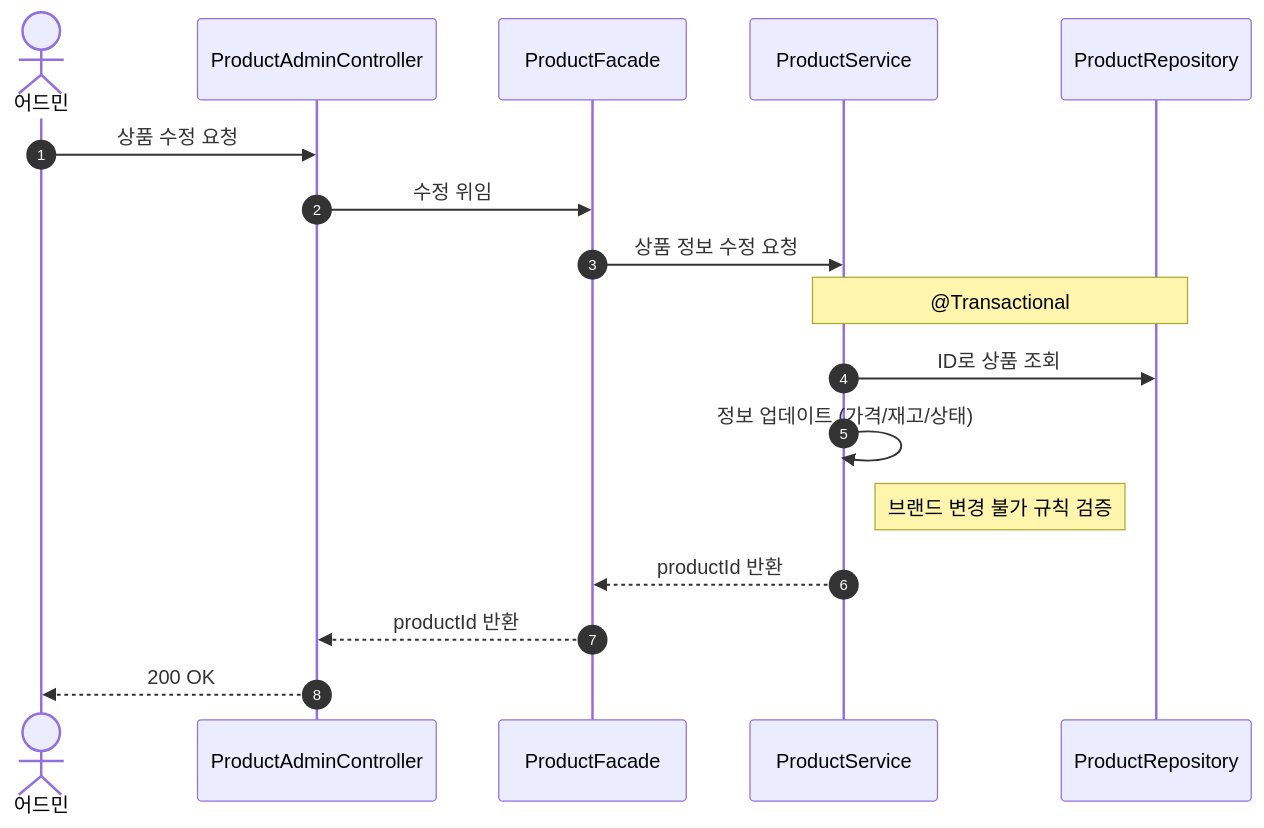
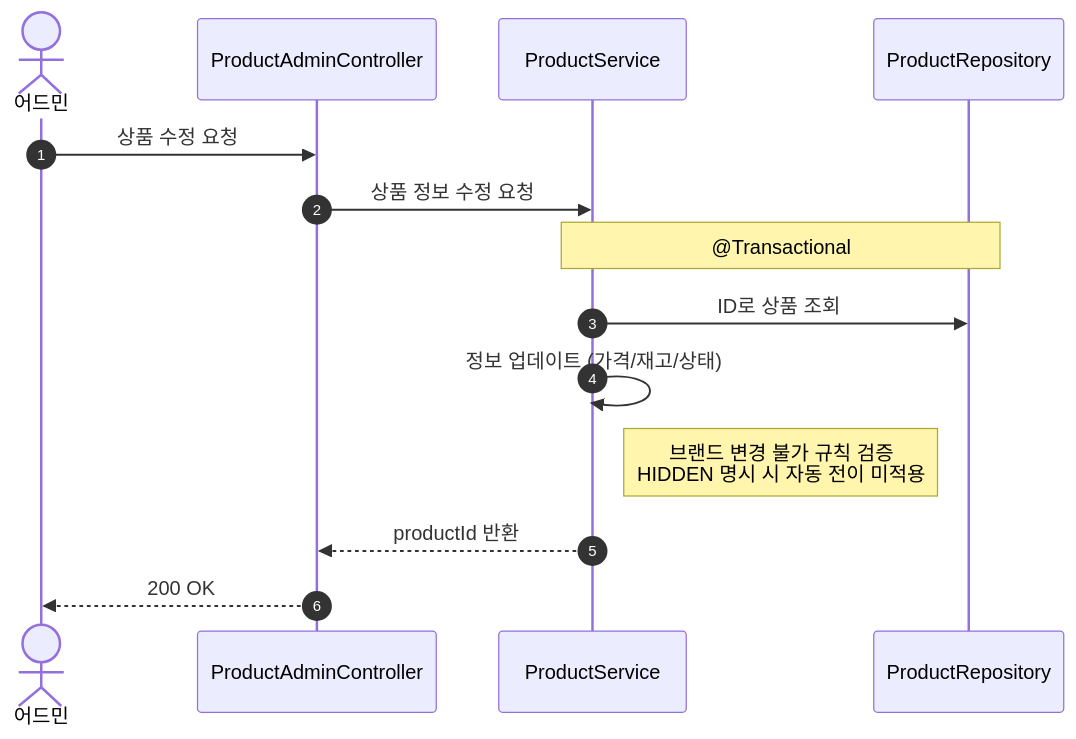
Before and after one commit to Loopers-dev-lab/loop-pack-be-l2-vol3-kotlin: diagram 12 of 21 in docs/design-v2/02-sequence-diagrams-v2.md, drawn with Mermaid. The commit also changed other lines of this file and 6 other files, not shown here.

First line of the commit message:
docs: v2 설계 문서 2차 리뷰 반영 — 6건 이슈 해소, 플로우차트·마인드맵 추가

````diff
--- a/docs/design-v2/02-sequence-diagrams-v2.md
+++ b/docs/design-v2/02-sequence-diagrams-v2.md
@@ -332,19 +308,16 @@
 ```mermaid
 sequenceDiagram
     autonumber
     actor Admin as 어드민
     participant C as ProductAdminController
-    participant F as ProductFacade
     participant S as ProductService
     participant R as ProductRepository
     Admin ->> C: 상품 수정 요청
-    C ->> F: 수정 위임
-    F ->> S: 상품 정보 수정 요청
+    C ->> S: 상품 정보 수정 요청
     Note over S, R: @Transactional
     S ->> R: ID로 상품 조회
     S ->> S: 정보 업데이트 (가격/재고/상태)
-    Note right of S: 브랜드 변경 불가 규칙 검증
-    S -->> F: productId 반환
-    F -->> C: productId 반환
+    Note right of S: 브랜드 변경 불가 규칙 검증<br/>HIDDEN 명시 시 자동 전이 미적용
+    S -->> C: productId 반환
     C -->> Admin: 200 OK
 ```
````
